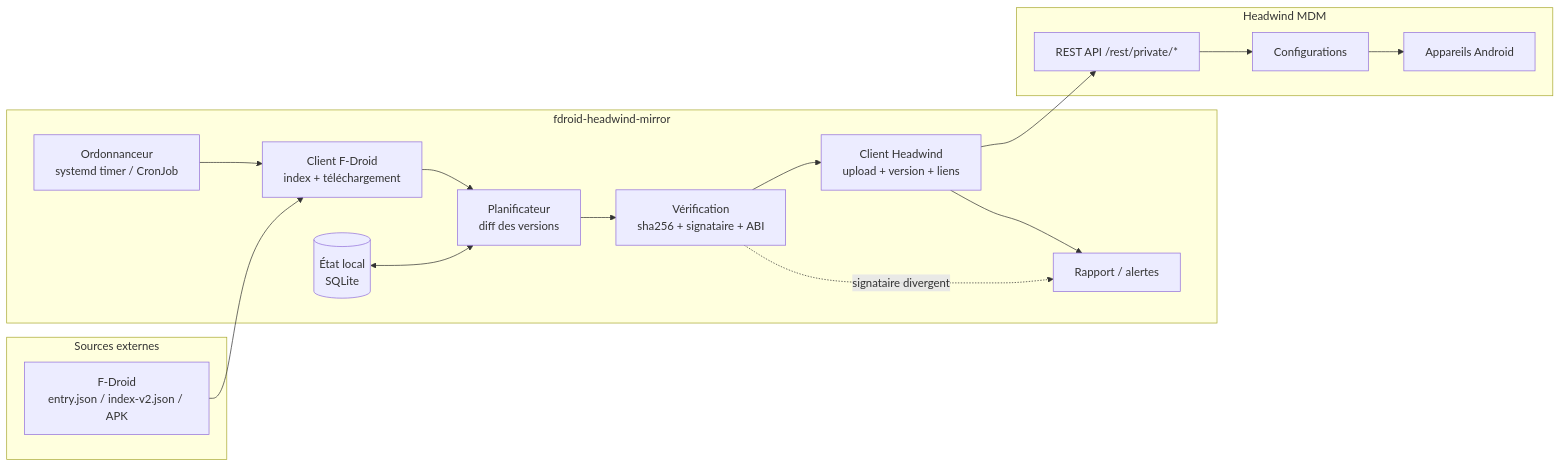
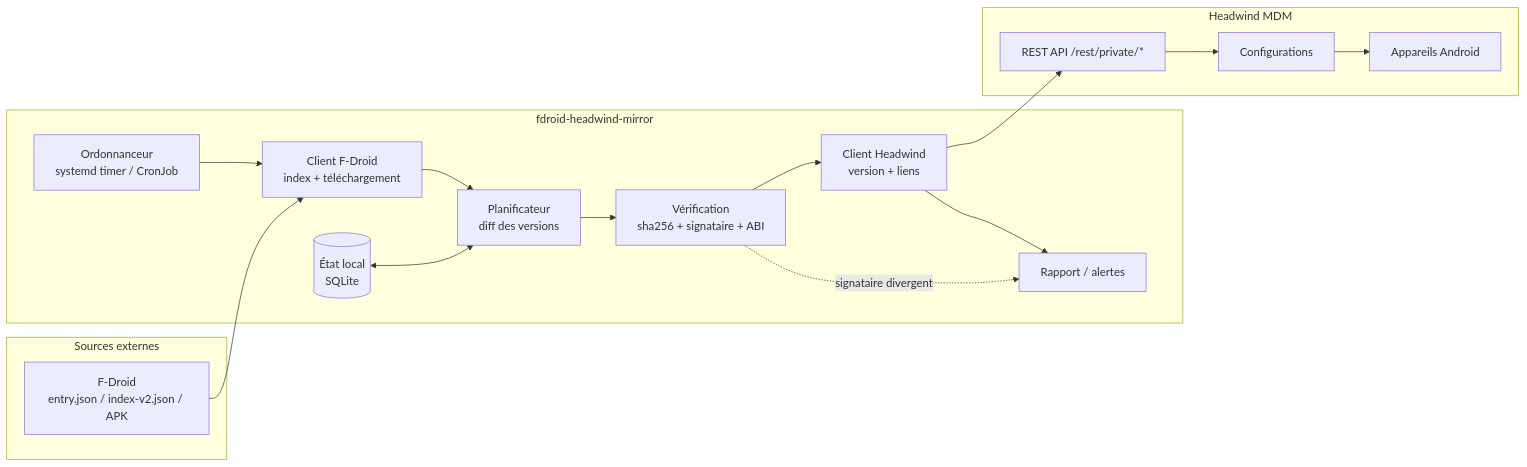
One commit to Sarcouy/fdroid-headwind-mirror changed the first of 4 diagrams in docs/architecture.md. Above: the diagram before and after it, drawn with Mermaid. The commit also changed other lines of this file and 11 other files, not shown here.

````diff
--- a/docs/architecture.md
+++ b/docs/architecture.md
@@ -106,34 +107,34 @@
 ```mermaid
 flowchart LR
     subgraph EXT["Sources externes"]
         FD["F-Droid<br/>entry.json / index-v2.json / APK"]
     end
 
     subgraph SVC["fdroid-headwind-mirror"]
         SCHED["Ordonnanceur<br/>systemd timer / CronJob"]
         FETCH["Client F-Droid<br/>index + téléchargement"]
         VERIF["Vérification<br/>sha256 + signataire + ABI"]
         PLAN["Planificateur<br/>diff des versions"]
-        PUSH["Client Headwind<br/>upload + version + liens"]
+        PUSH["Client Headwind<br/>version + liens"]
         DB[("État local<br/>SQLite")]
         REPORT["Rapport / alertes"]
     end
 
     subgraph HW["Headwind MDM"]
         API["REST API /rest/private/*"]
         CONF["Configurations"]
         DEV["Appareils Android"]
     end
 
     SCHED --> FETCH
     FD --> FETCH
     FETCH --> PLAN
     DB <--> PLAN
     PLAN --> VERIF
     VERIF --> PUSH
     PUSH --> API
     API --> CONF
     CONF --> DEV
     PUSH --> REPORT
     VERIF -. "signataire divergent" .-> REPORT
 ```
````
